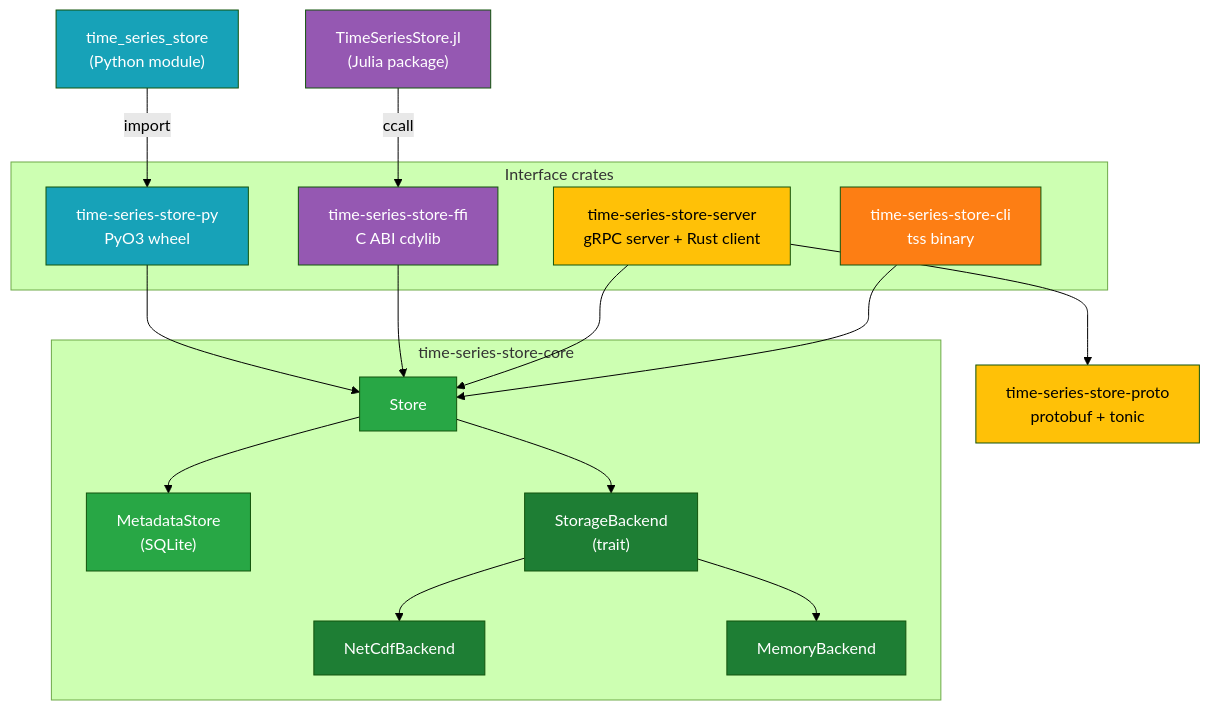
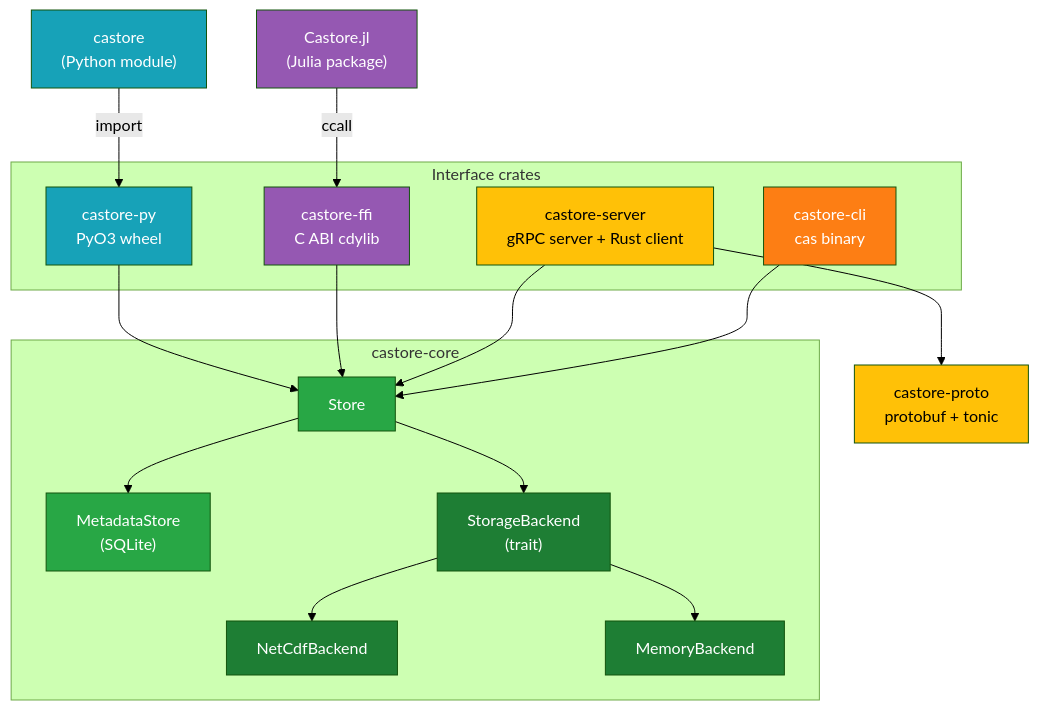
Before and after one commit to NatLabRockies/infrastore: the first of 3 diagrams in docs/src/explanation/architecture.md, drawn with Mermaid (forest theme). The commit also changed other lines of this file and 169 other files, not shown here.

First line of the commit message:
Rename the package from time-series-store to castore

````diff
--- a/docs/src/explanation/architecture.md
+++ b/docs/src/explanation/architecture.md
@@ -10,46 +9,46 @@
 ```mermaid
 flowchart TB
     subgraph ifaces["Interface crates"]
-        PY["time-series-store-py<br/>PyO3 wheel"]
-        FFI["time-series-store-ffi<br/>C ABI cdylib"]
-        SRV["time-series-store-server<br/>gRPC server + Rust client"]
-        CLI["time-series-store-cli<br/>tss binary"]
+        PY["castore-py<br/>PyO3 wheel"]
+        FFI["castore-ffi<br/>C ABI cdylib"]
+        SRV["castore-server<br/>gRPC server + Rust client"]
+        CLI["castore-cli<br/>cas binary"]
     end
 
-    PYMOD["time_series_store<br/>(Python module)"]
-    JL["TimeSeriesStore.jl<br/>(Julia package)"]
-    PROTO["time-series-store-proto<br/>protobuf + tonic"]
+    PYMOD["castore<br/>(Python module)"]
+    JL["Castore.jl<br/>(Julia package)"]
+    PROTO["castore-proto<br/>protobuf + tonic"]
 
-    subgraph core["time-series-store-core"]
+    subgraph core["castore-core"]
         STORE["Store"]
         META["MetadataStore<br/>(SQLite)"]
         BACK["StorageBackend<br/>(trait)"]
         NC["NetCdfBackend"]
         MEM["MemoryBackend"]
         STORE --> META
         STORE --> BACK
         BACK --> NC
         BACK --> MEM
     end
 
     PY --> STORE
     FFI --> STORE
     SRV --> STORE
     CLI --> STORE
     PYMOD -->|"import"| PY
     JL -->|"ccall"| FFI
     SRV --> PROTO
 
     style STORE fill:#28a745,color:#fff
     style META fill:#28a745,color:#fff
     style BACK fill:#1e7e34,color:#fff
     style NC fill:#1e7e34,color:#fff
     style MEM fill:#1e7e34,color:#fff
     style PY fill:#17a2b8,color:#fff
     style PYMOD fill:#17a2b8,color:#fff
     style FFI fill:#9558b2,color:#fff
     style JL fill:#9558b2,color:#fff
     style SRV fill:#ffc107,color:#000
     style PROTO fill:#ffc107,color:#000
     style CLI fill:#fd7e14,color:#fff
 ```
````
